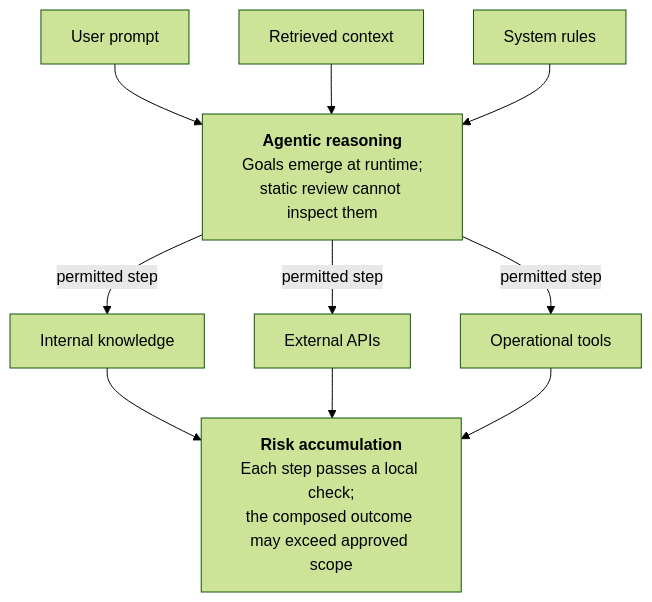
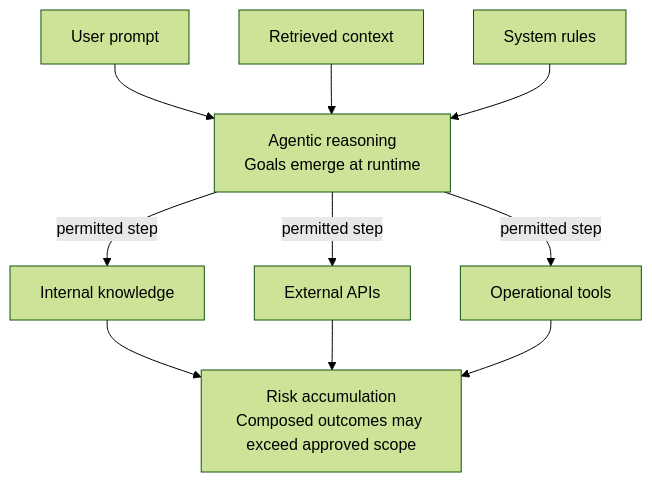
One commit to natnew/Awesome-Agentic-AI-Security changed the diagram in README.md. Above: the diagram before and after it, drawn with Mermaid (forest theme). The commit also changed other lines of this file and 7 other files, not shown here.

````diff
--- a/README.md
+++ b/README.md
@@ -13,21 +58,21 @@
 ```mermaid
 flowchart TB
     UP["User prompt"]
     RD["Retrieved context"]
     SR["System rules"]
-    AR["<b>Agentic reasoning</b><br/>Goals emerge at runtime;<br/>static review cannot inspect them"]
+    AR["Agentic reasoning<br/>Goals emerge at runtime"]
     IK["Internal knowledge"]
     EA["External APIs"]
     OT["Operational tools"]
-    Risk["<b>Risk accumulation</b><br/>Each step passes a local check;<br/>the composed outcome may exceed approved scope"]
+    Risk["Risk accumulation<br/>Composed outcomes may exceed approved scope"]
 
     UP --> AR
     RD --> AR
     SR --> AR
     AR -->|permitted step| IK
     AR -->|permitted step| EA
     AR -->|permitted step| OT
     IK --> Risk
     EA --> Risk
     OT --> Risk
 ```
````
